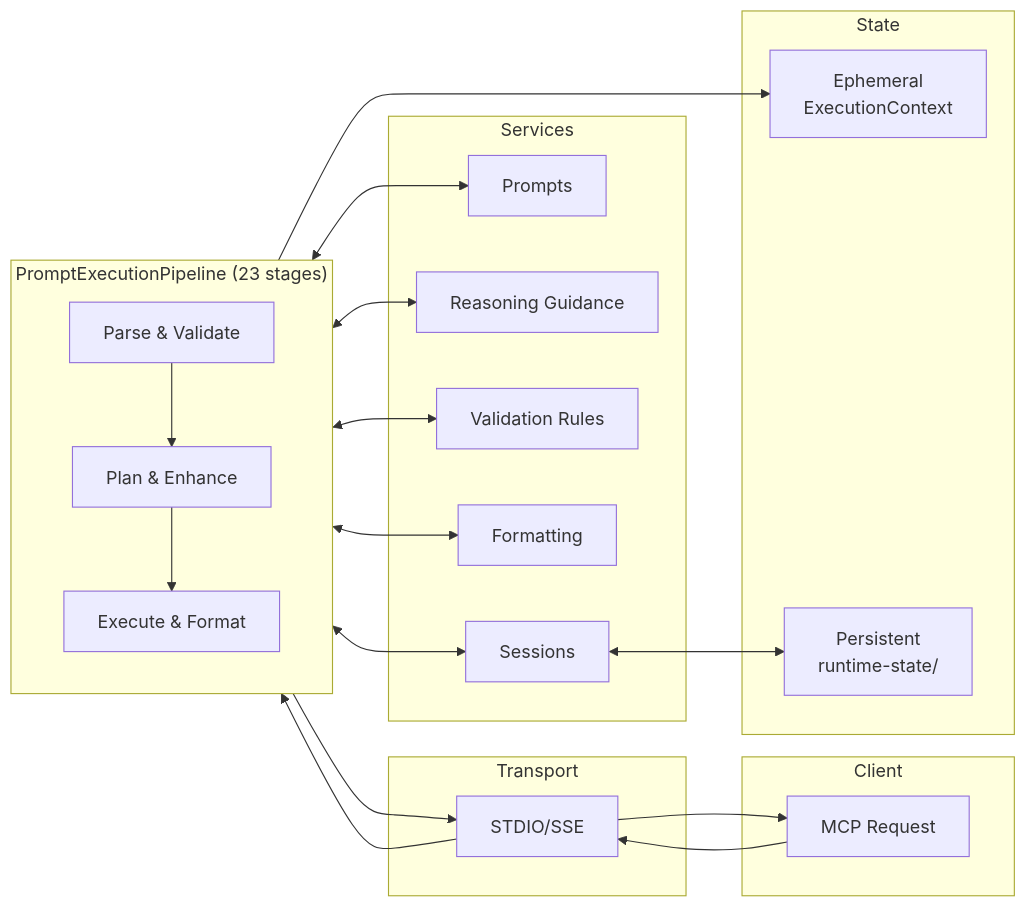
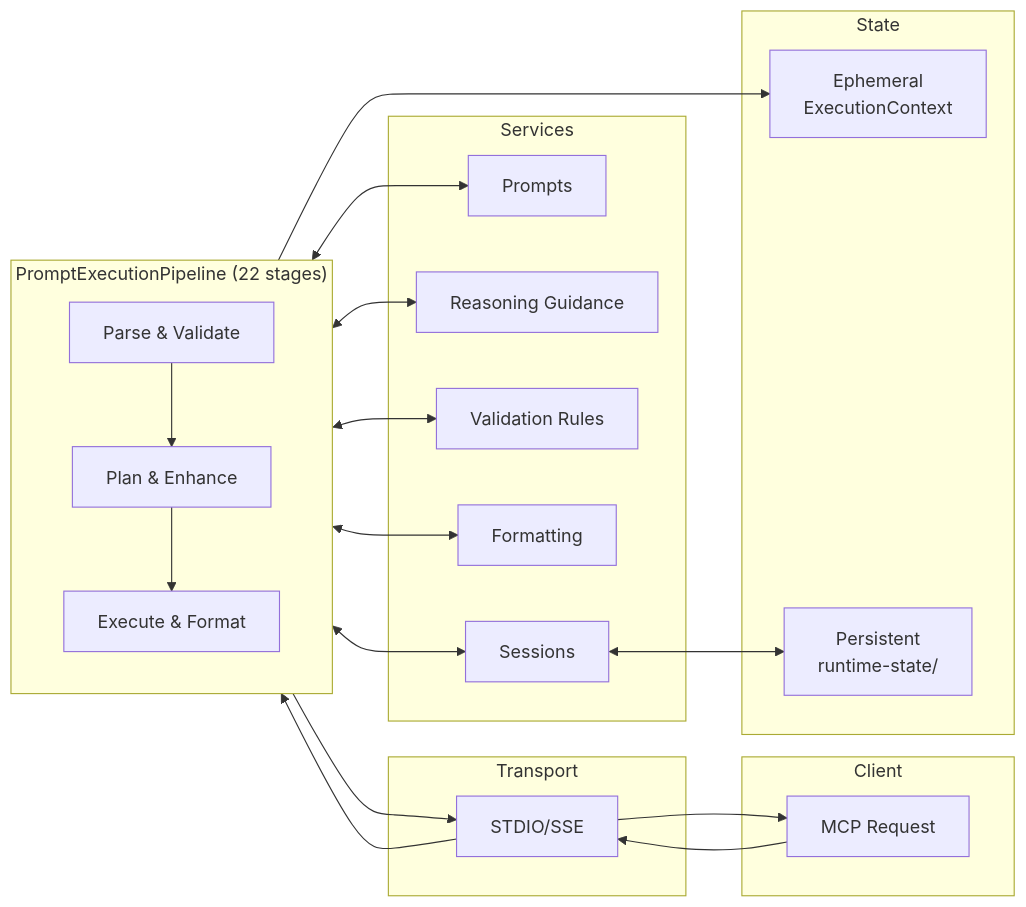
One commit to minipuft/claude-prompts-mcp changed the first of 2 diagrams in docs/architecture/overview.md. Above: the diagram before and after it, drawn with Mermaid. The commit also changed other lines of this file and 73 other files, not shown here.

````diff
--- a/docs/architecture/overview.md
+++ b/docs/architecture/overview.md
@@ -25,37 +25,37 @@
 ```mermaid
 flowchart LR
     subgraph Client
         A[MCP Request]
     end
 
     subgraph Transport
         B[STDIO/SSE]
     end
 
-    subgraph Pipeline["PromptExecutionPipeline (23 stages)"]
+    subgraph Pipeline["PromptExecutionPipeline (22 stages)"]
         direction TB
         C1[Parse & Validate]
         C2[Plan & Enhance]
         C3[Execute & Format]
     end
 
     subgraph Services
         D1[Prompts]
         D2[Reasoning Guidance]
         D3[Validation Rules]
         D4[Formatting]
         D5[Sessions]
     end
 
     subgraph State
         E1[Ephemeral<br/>ExecutionContext]
         E2[Persistent<br/>runtime-state/]
     end
 
     A --> B --> Pipeline
     C1 --> C2 --> C3
     Pipeline <--> D1 & D2 & D3 & D4 & D5
     D5 <--> E2
     Pipeline --> E1
     C3 --> B --> A
 ```
````
